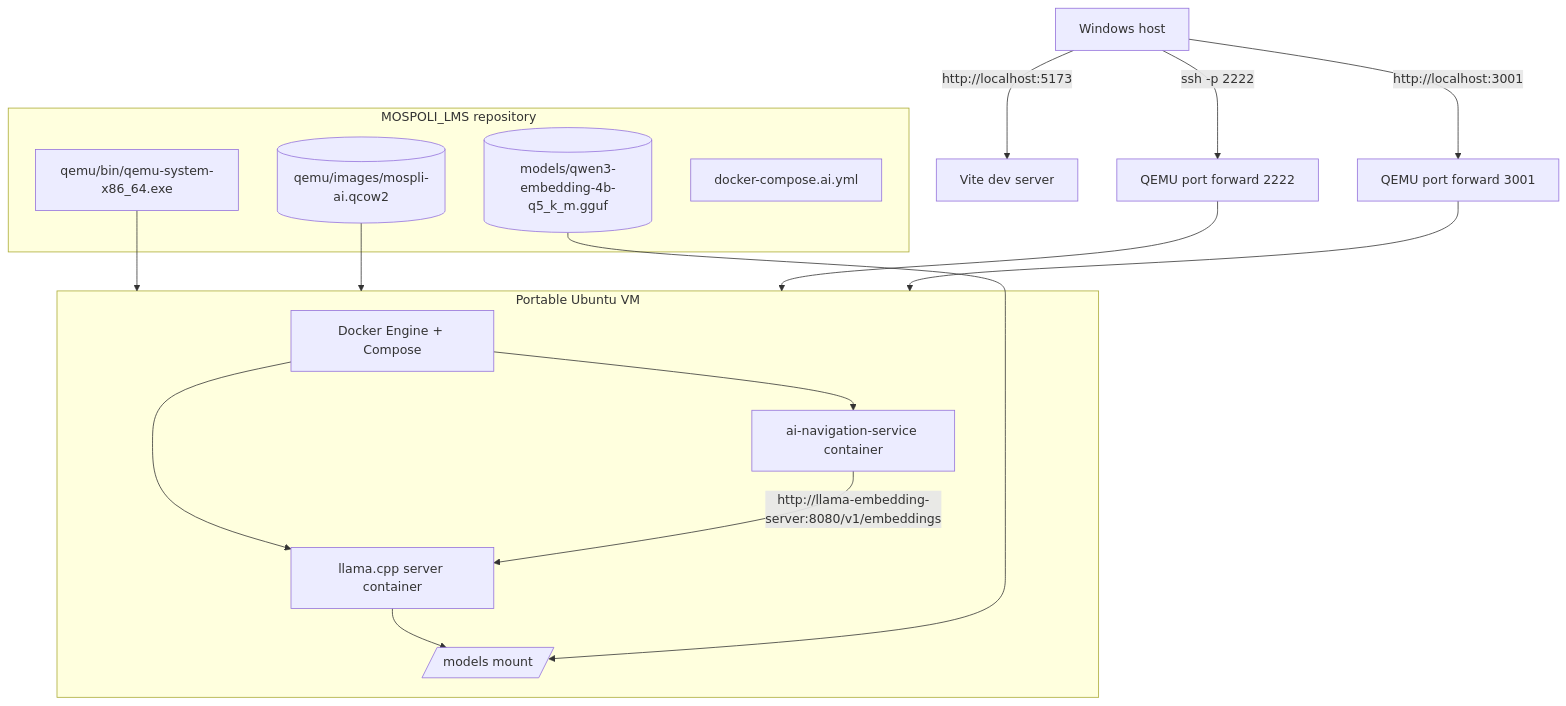
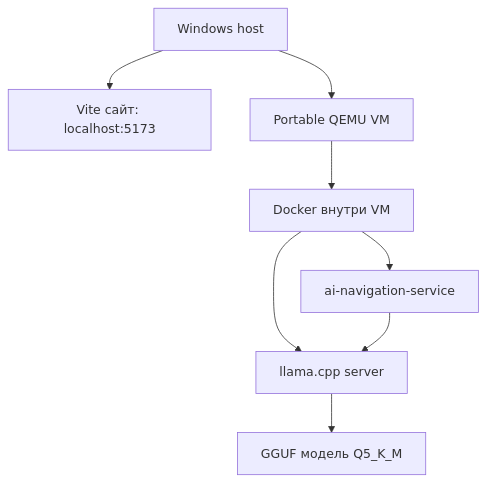
The second of 12 diagrams in docs/ai-navigation-architecture.md (GockMock/MOSPOLI_LMS), drawn with Mermaid before and after one commit. The commit also changed other lines of this file, not shown here.

Commit message:
Simplify Mermaid architecture docs in Russian

````diff
--- a/docs/ai-navigation-architecture.md
+++ b/docs/ai-navigation-architecture.md
@@ -34,28 +21,10 @@
 ```mermaid
 flowchart TB
-    B[Windows host] -->|http://localhost:5173| Vite[Vite dev server]
-    B -->|http://localhost:3001| PF3001[QEMU port forward 3001]
-    B -->|ssh -p 2222| PF2222[QEMU port forward 2222]
-
-    subgraph Repo[MOSPOLI_LMS repository]
-        QEMU[qemu/bin/qemu-system-x86_64.exe]
-        Disk[(qemu/images/mospli-ai.qcow2)]
-        Model[(models/qwen3-embedding-4b-q5_k_m.gguf)]
-        Compose[docker-compose.ai.yml]
-    end
-
-    QEMU --> VM[Ubuntu Linux VM]
-    Disk --> VM
-    PF2222 --> VM
-    PF3001 --> VM
-
-    subgraph VM[Portable Ubuntu VM]
-        Docker[Docker Engine + Compose]
-        Docker --> AIS[ai-navigation-service container]
-        Docker --> LLAMA[llama.cpp server container]
-        LLAMA --> ModelMount[/models mount/]
-    end
-
-    AIS -->|http://llama-embedding-server:8080/v1/embeddings| LLAMA
-    Model --> ModelMount
+    win[Windows host] --> vite[Vite сайт: localhost:5173]
+    win --> qemu[Portable QEMU VM]
+    qemu --> docker[Docker внутри VM]
+    docker --> api[ai-navigation-service]
+    docker --> llama[llama.cpp server]
+    llama --> model[GGUF модель Q5_K_M]
+    api --> llama
 ```
````
